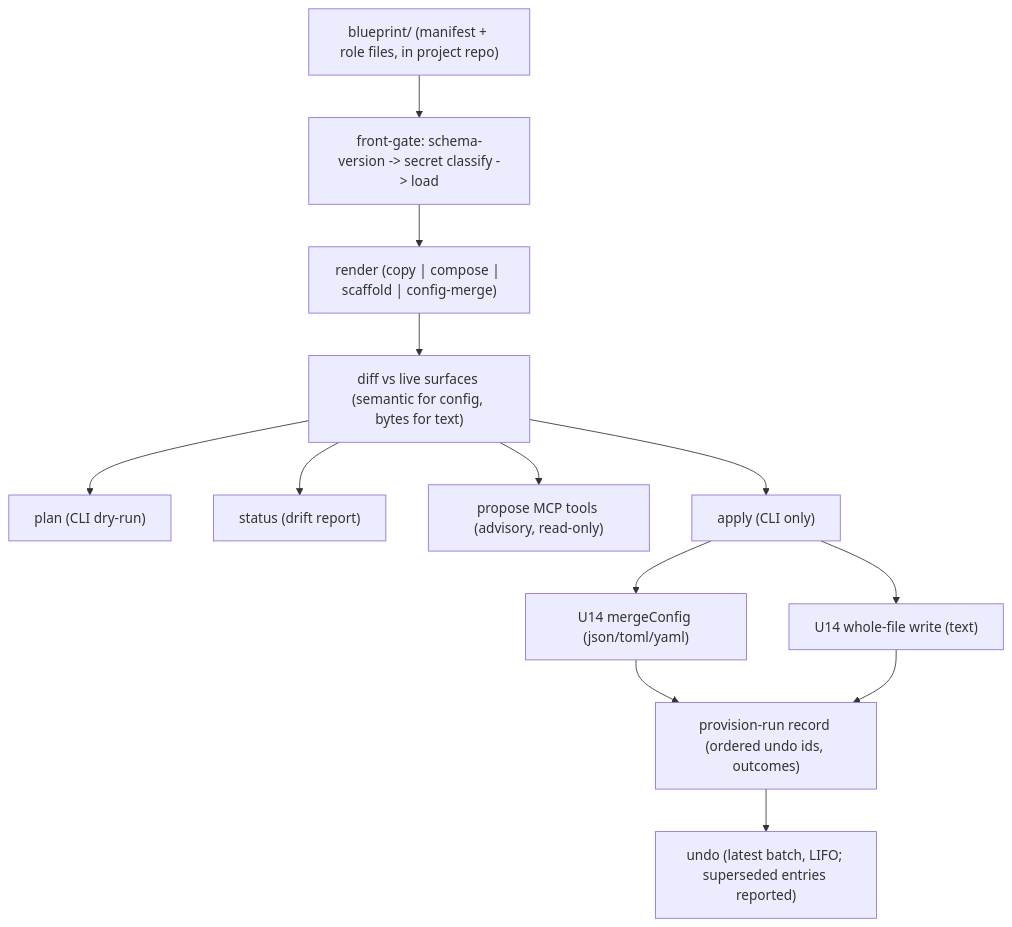
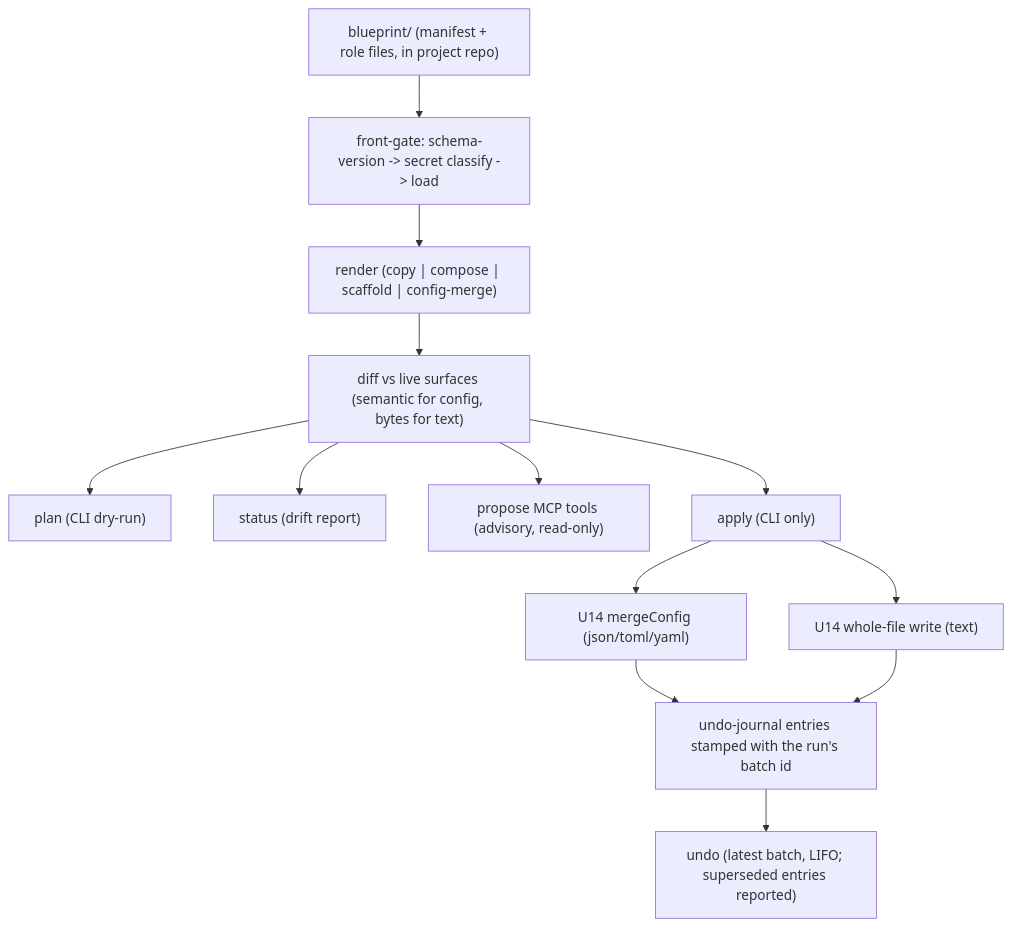
The first of 2 diagrams in docs/plans/2026-07-20-003-feat-u10-provisioning-engine-plan.md (jarodtaylor/agent-os), drawn with Mermaid before and after one commit. The commit also changed other lines of this file and 3 other files, not shown here.

````diff
--- a/docs/plans/2026-07-20-003-feat-u10-provisioning-engine-plan.md
+++ b/docs/plans/2026-07-20-003-feat-u10-provisioning-engine-plan.md
@@ -167,15 +168,15 @@
 ```mermaid
 flowchart TB
   BP["blueprint/ (manifest + role files, in project repo)"] --> GATE["front-gate: schema-version -> secret classify -> load"]
   GATE --> REN["render (copy | compose | scaffold | config-merge)"]
   REN --> DIFF["diff vs live surfaces (semantic for config, bytes for text)"]
   DIFF --> PLAN["plan (CLI dry-run)"]
   DIFF --> STATUS["status (drift report)"]
   DIFF --> PROP["propose MCP tools (advisory, read-only)"]
   DIFF --> APPLY["apply (CLI only)"]
   APPLY --> W1["U14 mergeConfig (json/toml/yaml)"]
   APPLY --> W2["U14 whole-file write (text)"]
-  W1 --> RUNREC["provision-run record (ordered undo ids, outcomes)"]
+  W1 --> RUNREC["undo-journal entries stamped with the run's batch id"]
   W2 --> RUNREC
   RUNREC --> UNDO["undo (latest batch, LIFO; superseded entries reported)"]
 ```
````
